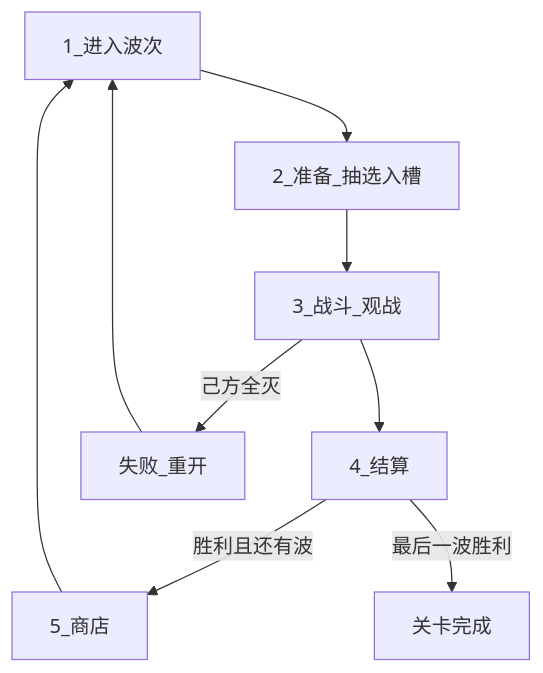
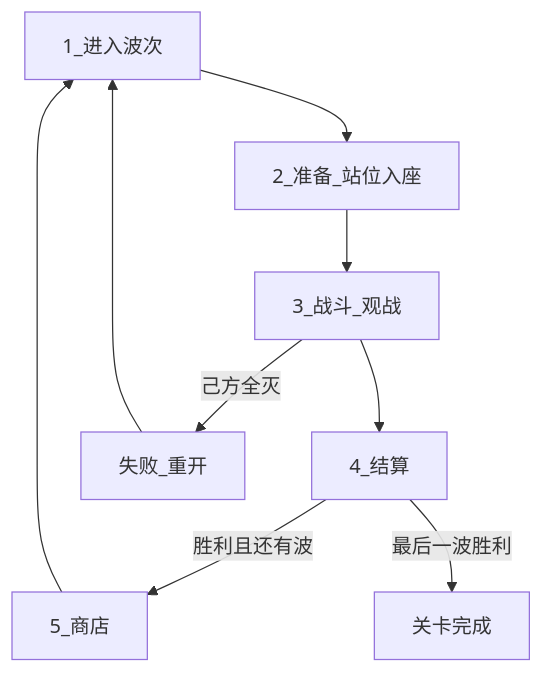
One commit to Kanerickyz/Godot-Project---Clash-royale-like-Game changed the second of 2 diagrams in Documents/GAME_VISION.md. Above: the diagram before and after it, drawn with Mermaid. The commit also changed other lines of this file and 9 other files, not shown here.

````diff
--- a/Documents/GAME_VISION.md
+++ b/Documents/GAME_VISION.md
@@ -117,11 +116,11 @@
 ```mermaid
 flowchart TD
-    enterWave[1_进入波次] --> prepare[2_准备_抽选入槽]
+    enterWave[1_进入波次] --> prepare[2_准备_站位入座]
     prepare --> combat[3_战斗_观战]
     combat --> resolve[4_结算]
     resolve -->|胜利且还有波| shop[5_商店]
     shop --> enterWave
     resolve -->|最后一波胜利| levelWin[关卡完成]
     combat -->|己方全灭| defeat[失败_重开]
     defeat --> enterWave
 ```
````
